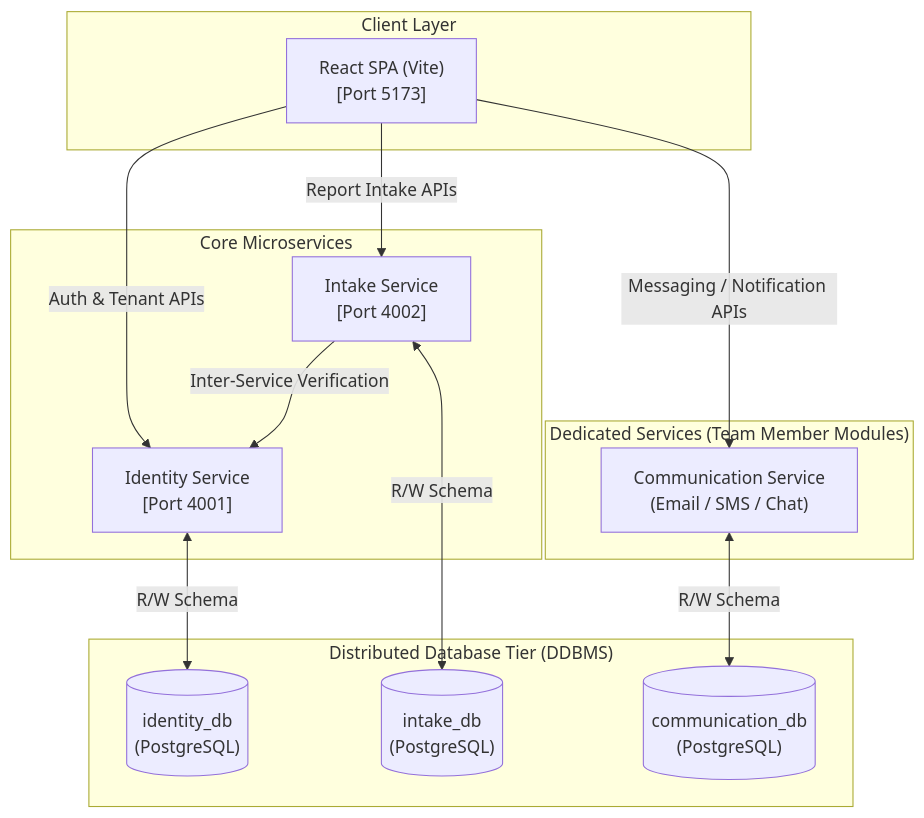
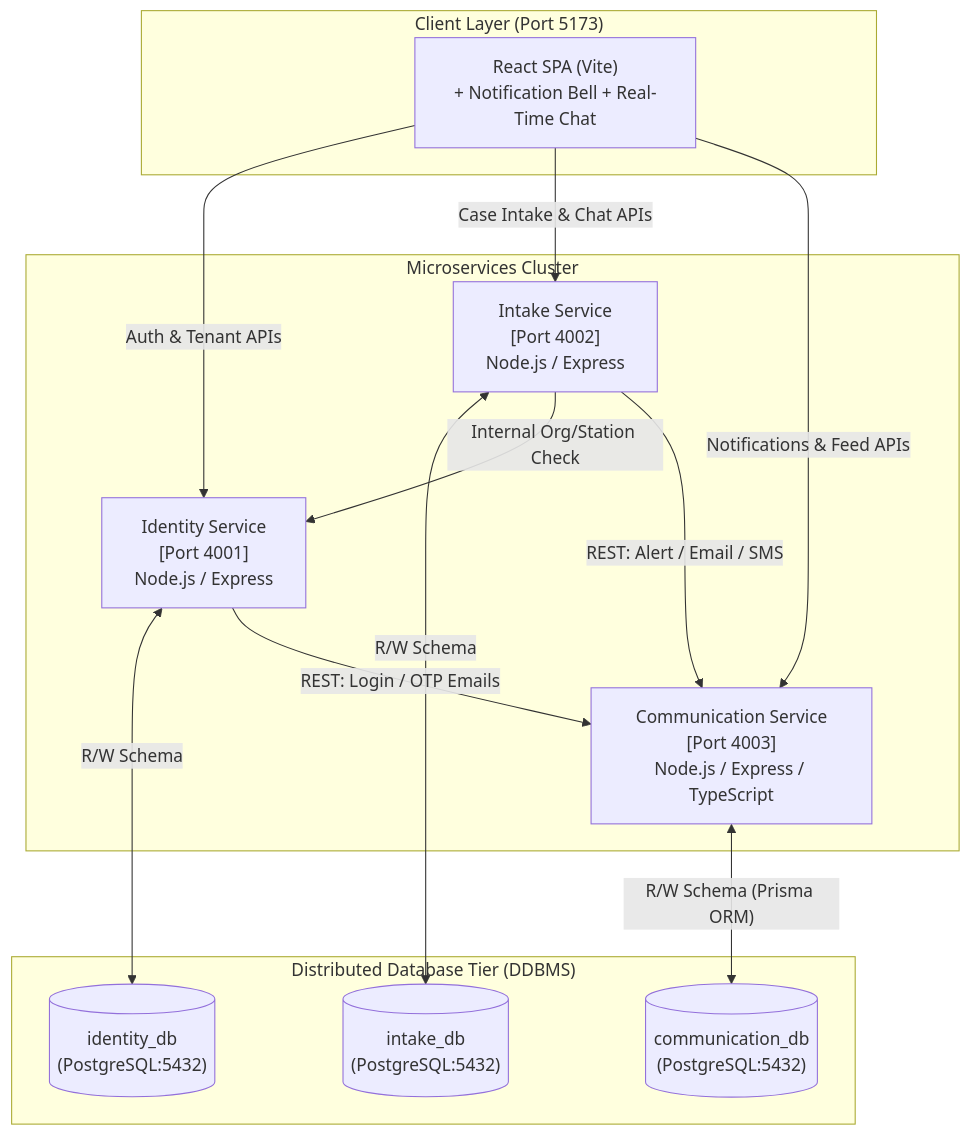
One commit to Dhiya-Natarajan/Quiet-Ledger changed the first of 2 diagrams in README.md. Above: the diagram before and after it, drawn with Mermaid. The commit also changed other lines of this file and 44 other files, not shown here.

Commit message:
feat(version2): complete Communication Service integration, Gmail SMTP delivery, OTP password reset, and break-glass unmasking

````diff
--- a/README.md
+++ b/README.md
@@ -40,31 +62,30 @@
 ```mermaid
 flowchart TD
-    subgraph Client ["Client Layer"]
-        UI["React SPA (Vite)\n[Port 5173]"]
+    subgraph Client ["Client Layer (Port 5173)"]
+        UI["React SPA (Vite)\n+ Notification Bell + Real-Time Chat"]
     end
 
-    subgraph CoreServices ["Core Microservices"]
-        IS["Identity Service\n[Port 4001]"]
-        TS["Intake Service\n[Port 4002]"]
-    end
-
-    subgraph TeamServices ["Dedicated Services (Team Member Modules)"]
-        CS["Communication Service\n(Email / SMS / Chat)"]
+    subgraph CoreServices ["Microservices Cluster"]
+        IS["Identity Service\n[Port 4001]\nNode.js / Express"]
+        TS["Intake Service\n[Port 4002]\nNode.js / Express"]
+        CS["Communication Service\n[Port 4003]\nNode.js / Express / TypeScript"]
     end
 
     subgraph DistributedDBs ["Distributed Database Tier (DDBMS)"]
-        IDB[("identity_db\n(PostgreSQL)")]
-        TDB[("intake_db\n(PostgreSQL)")]
-        CDB[("communication_db\n(PostgreSQL)")]
+        IDB[("identity_db\n(PostgreSQL:5432)")]
+        TDB[("intake_db\n(PostgreSQL:5432)")]
+        CDB[("communication_db\n(PostgreSQL:5432)")]
     end
 
     UI -->|"Auth & Tenant APIs"| IS
-    UI -->|"Report Intake APIs"| TS
-    UI -->|"Messaging / Notification APIs"| CS
+    UI -->|"Case Intake & Chat APIs"| TS
+    UI -->|"Notifications & Feed APIs"| CS
 
     IS <-->|"R/W Schema"| IDB
     TS <-->|"R/W Schema"| TDB
-    CS <-->|"R/W Schema"| CDB
+    CS <-->|"R/W Schema (Prisma ORM)"| CDB
 
-    TS -->|"Inter-Service Verification"| IS
+    TS -->|"Internal Org/Station Check"| IS
+    TS -->|"REST: Alert / Email / SMS"| CS
+    IS -->|"REST: Login / OTP Emails"| CS
 ```
````
